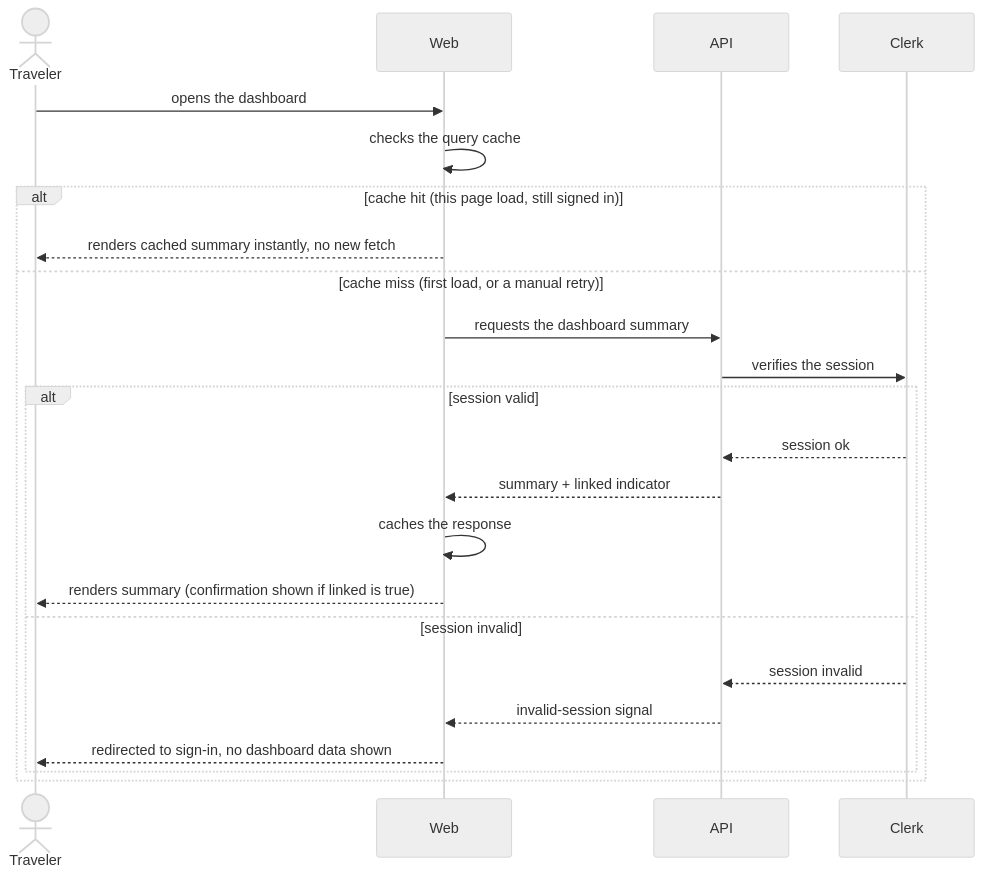
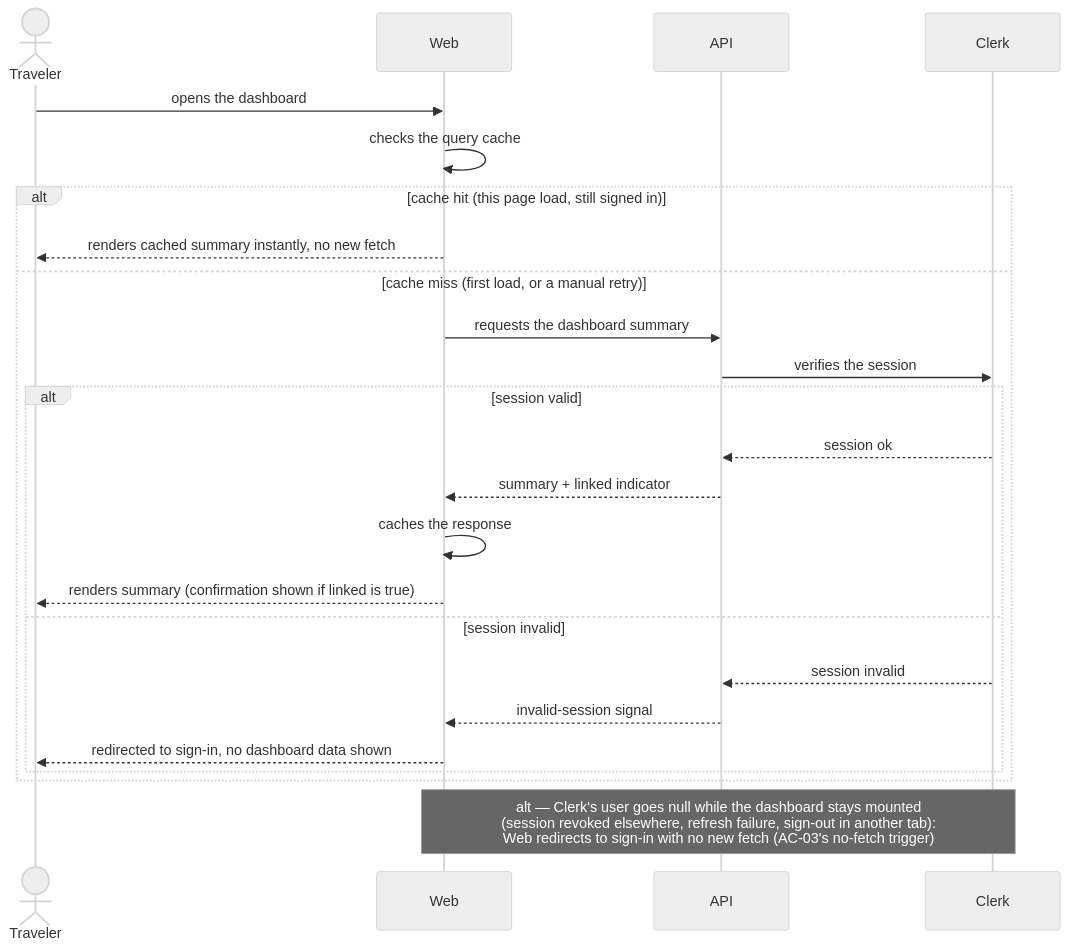
Before and after one commit to AntonSkybytskyi/daysleft: the third of 5 diagrams in docs/features/fetch-with-tanstack-query/sad.md, drawn with Mermaid (neutral theme). The commit also changed other lines of this file and 1 other file, not shown here.

First line of the commit message:
docs(fetch-with-tanstack-query): widen AC-03 to cover client-observed session loss

````diff
--- a/docs/features/fetch-with-tanstack-query/sad.md
+++ b/docs/features/fetch-with-tanstack-query/sad.md
@@ -142,26 +142,27 @@
 ```mermaid
 sequenceDiagram
     actor Traveler
     participant Web
     participant API
     participant Clerk
 
     Traveler->>Web: opens the dashboard
     Web->>Web: checks the query cache
     alt cache hit (this page load, still signed in)
         Web-->>Traveler: renders cached summary instantly, no new fetch
     else cache miss (first load, or a manual retry)
         Web->>API: requests the dashboard summary
         API->>Clerk: verifies the session
         alt session valid
             Clerk-->>API: session ok
             API-->>Web: summary + linked indicator
             Web->>Web: caches the response
             Web-->>Traveler: renders summary (confirmation shown if linked is true)
         else session invalid
             Clerk-->>API: session invalid
             API-->>Web: invalid-session signal
             Web-->>Traveler: redirected to sign-in, no dashboard data shown
         end
     end
+    Note over Web,Clerk: alt — Clerk's user goes null while the dashboard stays mounted<br/>(session revoked elsewhere, refresh failure, sign-out in another tab):<br/>Web redirects to sign-in with no new fetch (AC-03's no-fetch trigger)
 ```
````
